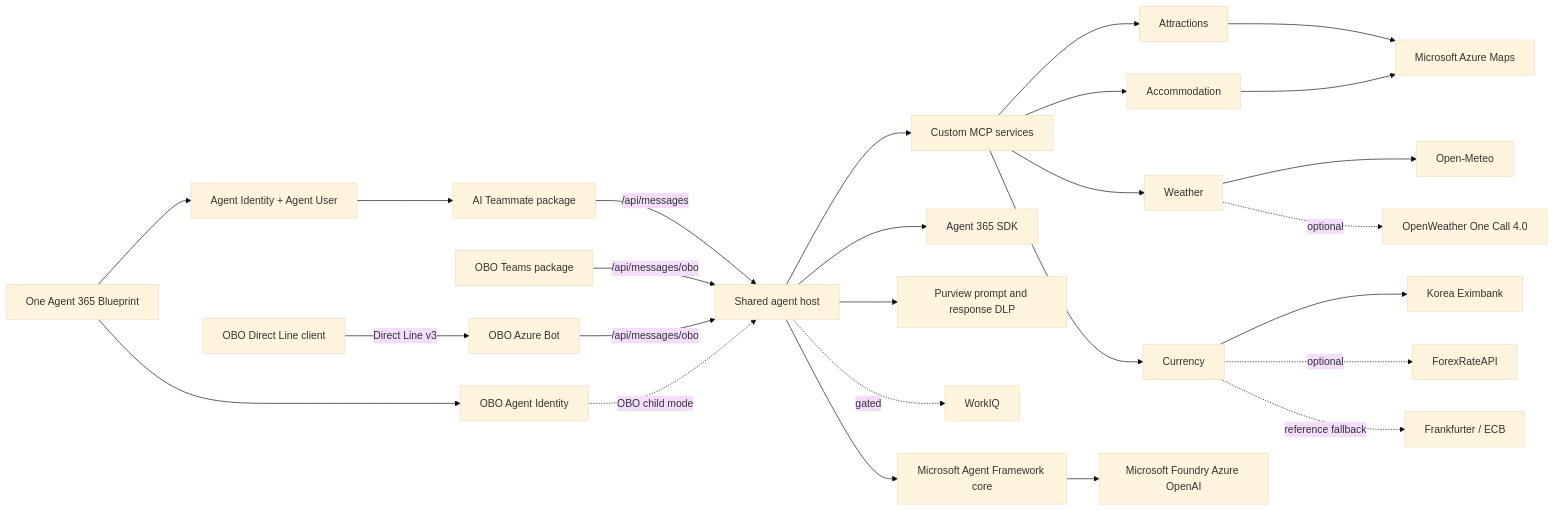
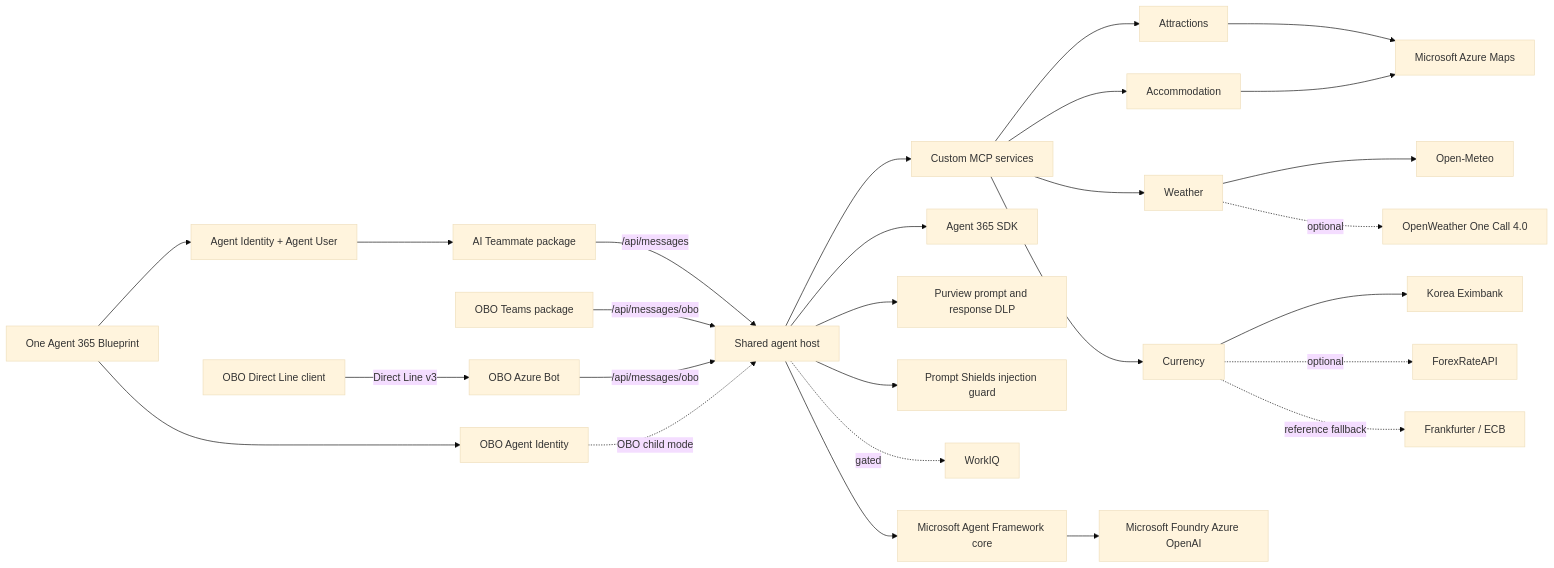
One commit to patrick-shim/a365-custom-agents changed the diagram in korea-tourist-agent/a365-tourist-backend/README.md. Above: the diagram before and after it, drawn with Mermaid (base theme). The commit also changed other lines of this file and 30 other files, not shown here.

First line of the commit message:
Add fail-closed Prompt Shields prompt-injection guard to both agents

````diff
--- a/korea-tourist-agent/a365-tourist-backend/README.md
+++ b/korea-tourist-agent/a365-tourist-backend/README.md
@@ -14,28 +14,29 @@
 ```mermaid
 flowchart LR
   Teammate[AI Teammate package] -->|/api/messages| Host[Shared agent host]
   OboTeams[OBO Teams package] -->|/api/messages/obo| Host
   DirectLine[OBO Direct Line client] -->|Direct Line v3| OboBot[OBO Azure Bot]
   OboBot -->|/api/messages/obo| Host
   Blueprint[One Agent 365 Blueprint] --> TeammateIdentity[Agent Identity + Agent User]
   Blueprint --> OBOIdentity[OBO Agent Identity]
   TeammateIdentity --> Teammate
   OBOIdentity -. OBO child mode .-> Host
     Host --> Agent[Microsoft Agent Framework core]
     Host --> A365[Agent 365 SDK]
     Host --> Purview[Purview prompt and response DLP]
+    Host --> Shield[Prompt Shields injection guard]
     Host -. gated .-> WorkIQ[WorkIQ]
     Host --> MCP[Custom MCP services]
     MCP --> Attractions[Attractions]
     MCP --> Weather[Weather]
     MCP --> Accommodation[Accommodation]
     MCP --> Currency[Currency]
     Attractions --> Maps[Microsoft Azure Maps]
     Weather --> OpenMeteo[Open-Meteo]
     Weather -. optional .-> OpenWeather[OpenWeather One Call 4.0]
     Accommodation --> Maps[Microsoft Azure Maps]
     Currency --> Eximbank[Korea Eximbank]
     Currency -. optional .-> Forex[ForexRateAPI]
     Currency -. reference fallback .-> Frankfurter[Frankfurter / ECB]
     Agent --> AOAI[Microsoft Foundry Azure OpenAI]
 ```
````
